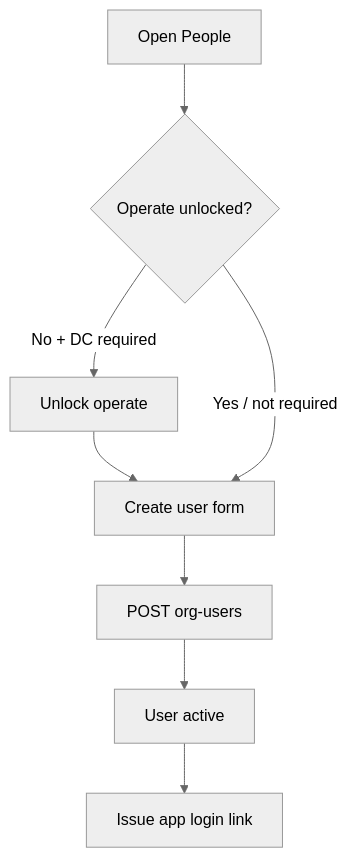
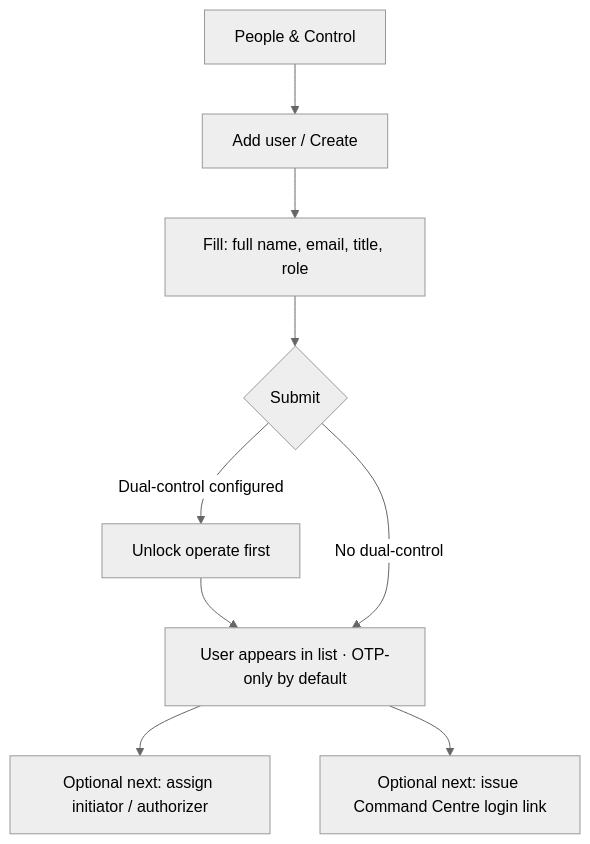
Before and after one commit to Phantom-Fort/Phantix-Frontend: the diagram in docs/how-to/platform/03-add-a-user.md, drawn with Mermaid (neutral theme). The commit also changed other lines of this file and 44 other files, not shown here.

````diff
--- a/docs/how-to/platform/03-add-a-user.md
+++ b/docs/how-to/platform/03-add-a-user.md
@@ -33,10 +12,11 @@
 ```mermaid
 flowchart TD
-  A[Open People] --> B{Operate unlocked?}
-  B -->|No + DC required| C[Unlock operate]
-  C --> D[Create user form]
-  B -->|Yes / not required| D
-  D --> E[POST org-users]
-  E --> F[User active]
-  F --> G[Issue app login link]
+  A[People & Control] --> B[Add user / Create]
+  B --> C[Fill: full name, email, title, role]
+  C --> D{Submit}
+  D -->|Dual-control configured| E[Unlock operate first]
+  E --> F[User appears in list · OTP-only by default]
+  D -->|No dual-control| F
+  F --> G[Optional next: assign initiator / authorizer]
+  F --> H[Optional next: issue Command Centre login link]
 ```
````
